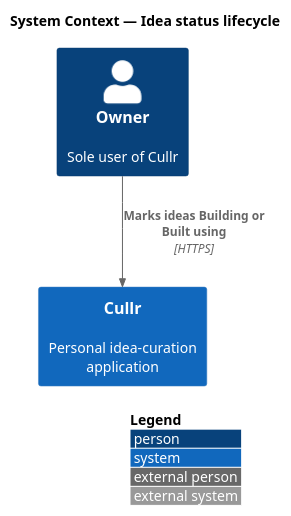
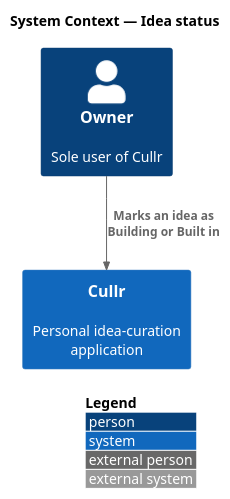
Before and after one commit to QuinntyneBrown/cullr: the diagram in docs/detailed-designs/ideas/idea-status/diagrams/c4-context.puml, drawn with PlantUML. The commit also changed 15 other files, not shown here.

Commit message:
Add bulk-select-ideas design; revise idea-status design

```diff
--- a/docs/detailed-designs/ideas/idea-status/diagrams/c4-context.puml
+++ b/docs/detailed-designs/ideas/idea-status/diagrams/c4-context.puml
@@ -1,10 +1,10 @@
 @startuml
 !include <C4/C4_Context>
 LAYOUT_WITH_LEGEND()
-title System Context — Idea status lifecycle
+title System Context — Idea status
 
 Person(owner, "Owner", "Sole user of Cullr")
 System(cullr, "Cullr", "Personal idea-curation application")
 
-Rel(owner, cullr, "Marks ideas Building or Built using", "HTTPS")
+Rel(owner, cullr, "Marks an idea as Building or Built in")
 @enduml
```
